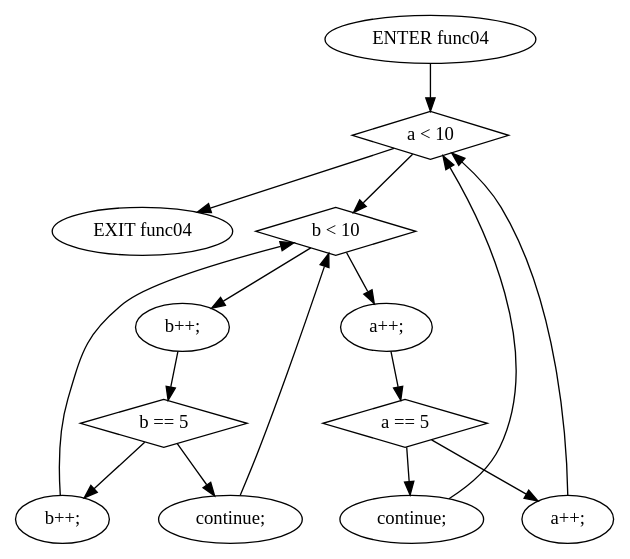
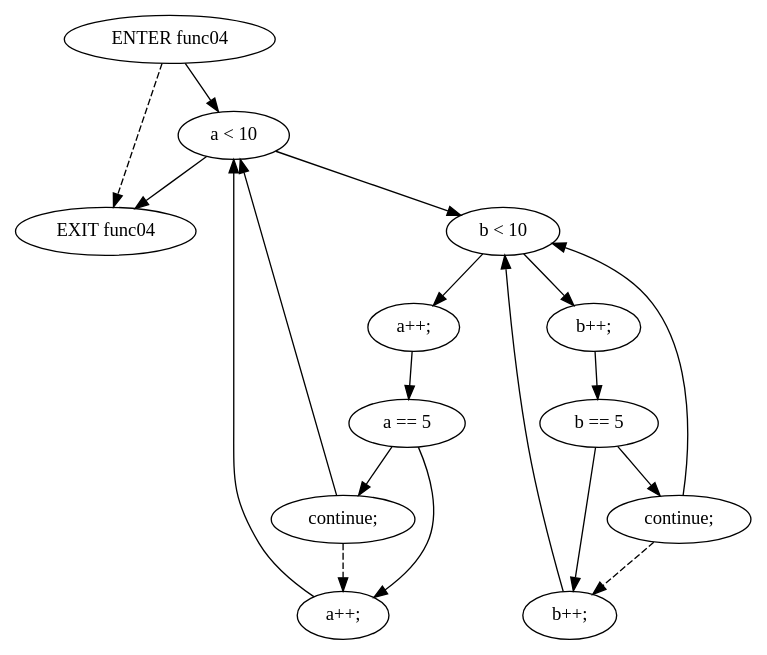
One commit to Surprise-Jing/Java-oriented-analysis-and-understanding-tools changed the diagram in staticSlicer/data/testcases/output/while/WhileNested/cfg/dot/func04(int, int).dot. Above: the diagram before and after it, drawn with Graphviz. The commit also changed 187 other files, not shown here.

```diff
--- a/staticSlicer/data/testcases/output/while/WhileNested/cfg/dot/func04(int, int).dot
+++ b/staticSlicer/data/testcases/output/while/WhileNested/cfg/dot/func04(int, int).dot
@@ -1,29 +1,32 @@
 digraph G {
   0 [ label="ENTER func04" ];
   1 [ label="EXIT func04" ];
-  2 [ shape="diamond" label="a < 10" ];
-  3 [ shape="diamond" label="b < 10" ];
+  2 [ label="a < 10" ];
+  3 [ label="b < 10" ];
   4 [ label="b++;" ];
-  5 [ shape="diamond" label="b == 5" ];
+  5 [ label="b == 5" ];
   6 [ label="continue;" ];
   7 [ label="b++;" ];
   8 [ label="a++;" ];
-  9 [ shape="diamond" label="a == 5" ];
+  9 [ label="a == 5" ];
   10 [ label="continue;" ];
   11 [ label="a++;" ];
-  0 -> 2;
-  2 -> 3;
-  3 -> 4;
-  4 -> 5;
-  5 -> 6;
-  5 -> 7;
-  7 -> 3;
-  6 -> 3;
-  3 -> 8;
-  8 -> 9;
-  9 -> 10;
-  9 -> 11;
-  11 -> 2;
-  10 -> 2;
-  2 -> 1;
+  0 -> 2 [ ];
+  2 -> 3 [ ];
+  3 -> 4 [ ];
+  4 -> 5 [ ];
+  5 -> 6 [ ];
+  6 -> 7 [ style="dashed" ];
+  5 -> 7 [ ];
+  7 -> 3 [ ];
+  6 -> 3 [ ];
+  3 -> 8 [ ];
+  8 -> 9 [ ];
+  9 -> 10 [ ];
+  10 -> 11 [ style="dashed" ];
+  9 -> 11 [ ];
+  11 -> 2 [ ];
+  10 -> 2 [ ];
+  2 -> 1 [ ];
+  0 -> 1 [ style="dashed" ];
 }
```
